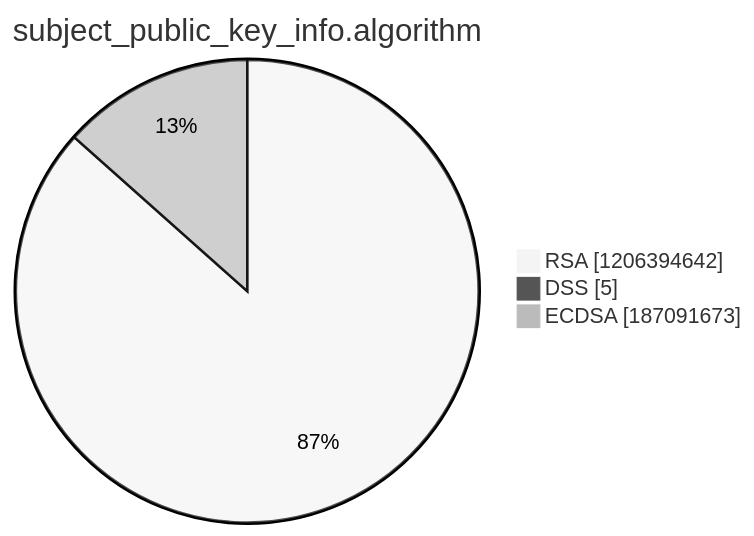
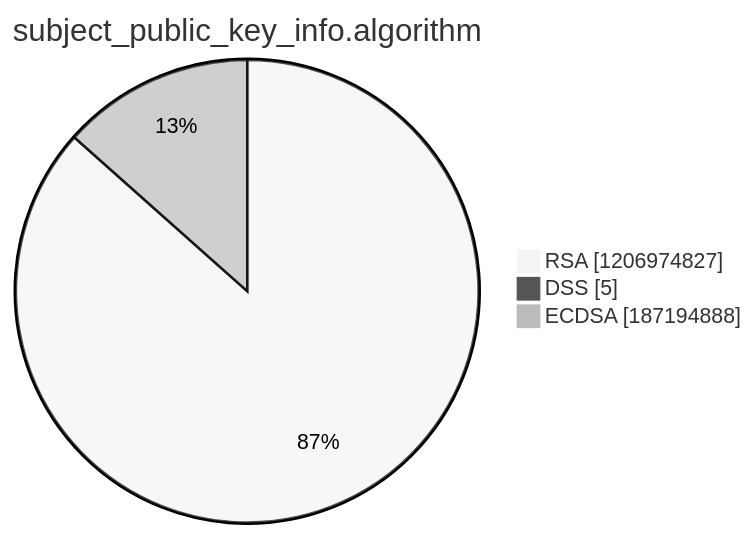
One commit to christiankrug/ctmonitor_visualization changed the third of 15 diagrams in argon2022/README.md. Above: the diagram before and after it, drawn with Mermaid (neutral theme). The commit also changed other lines of this file, not shown here.

````diff
--- a/argon2022/README.md
+++ b/argon2022/README.md
@@ -14,7 +14,7 @@
 ```mermaid
 pie showData
 title subject_public_key_info.algorithm
-"RSA" :1206394642
+"RSA" :1206974827
 "DSS" :5
-"ECDSA" :187091673
+"ECDSA" :187194888
 ```
````
